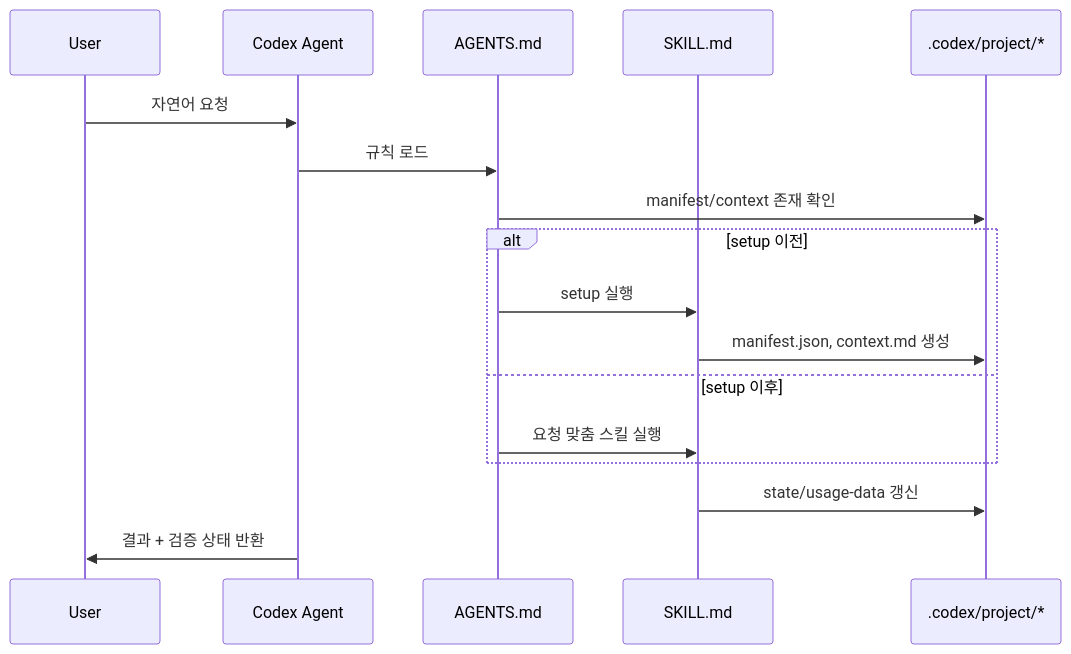
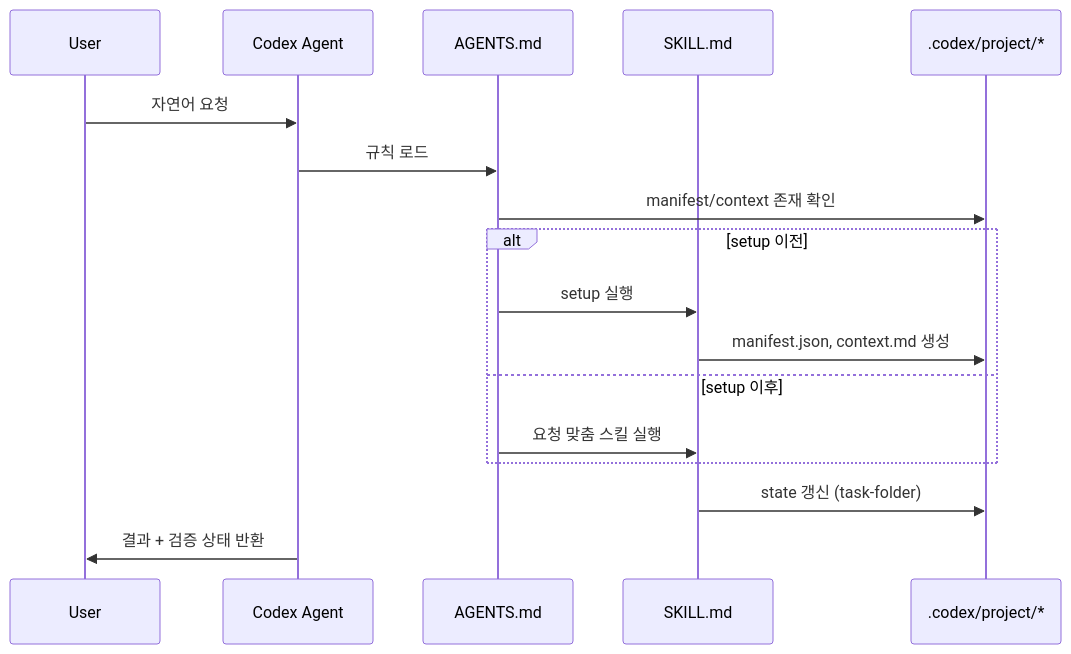
Before and after one commit to Jimmy-Jung/codex_symbiote: the diagram in Documents/05-data-flow.md, drawn with Mermaid. The commit also changed other lines of this file and 42 other files, not shown here.

````diff
--- a/Documents/05-data-flow.md
+++ b/Documents/05-data-flow.md
@@ -10,20 +10,20 @@
 ```mermaid
 sequenceDiagram
     participant User as User
     participant Agent as Codex Agent
     participant Orchestrator as AGENTS.md
     participant Skill as SKILL.md
     participant Project as .codex/project/*
 
     User->>Agent: 자연어 요청
     Agent->>Orchestrator: 규칙 로드
     Orchestrator->>Project: manifest/context 존재 확인
     alt setup 이전
         Orchestrator->>Skill: setup 실행
         Skill->>Project: manifest.json, context.md 생성
     else setup 이후
         Orchestrator->>Skill: 요청 맞춤 스킬 실행
     end
-    Skill->>Project: state/usage-data 갱신
+    Skill->>Project: state 갱신 (task-folder)
     Agent->>User: 결과 + 검증 상태 반환
 ```
````
